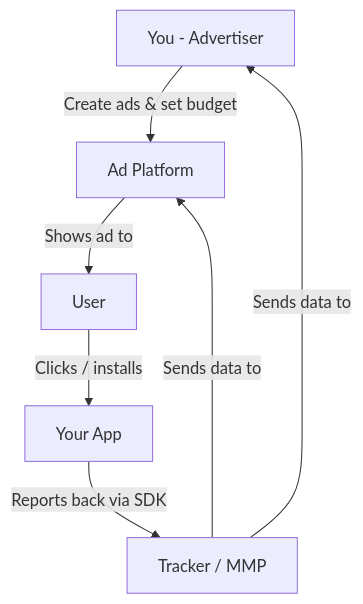
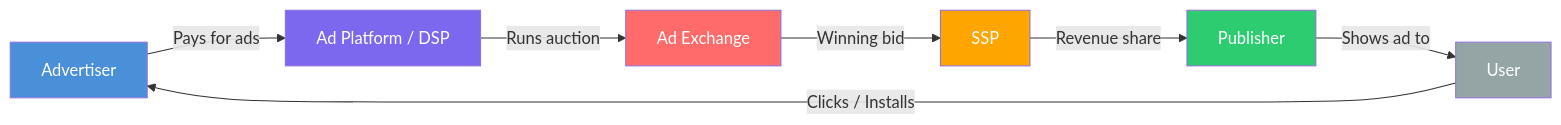
Before and after one commit to saanghyuk/ship-your-ads: the first of 2 diagrams in concepts/ad-ecosystem.mdx, drawn with Mermaid. The commit also changed other lines of this file and 41 other files, not shown here.

````diff
--- a/concepts/ad-ecosystem.mdx
+++ b/concepts/ad-ecosystem.mdx
@@ -27,9 +113,16 @@
 ```mermaid
-graph TB
-    You[You - Advertiser] -->|Create ads & set budget| Platform[Ad Platform]
-    Platform -->|Shows ad to| User[User]
-    User -->|Clicks / installs| YourApp[Your App]
-    YourApp -->|Reports back via SDK| Tracker[Tracker / MMP]
-    Tracker -->|Sends data to| Platform
-    Tracker -->|Sends data to| You
+graph LR
+    A[Advertiser] -->|Pays for ads| B[Ad Platform / DSP]
+    B -->|Runs auction| C[Ad Exchange]
+    C -->|Winning bid| D[SSP]
+    D -->|Revenue share| E[Publisher]
+    E -->|Shows ad to| F[User]
+    F -->|Clicks / Installs| A
+
+    style A fill:#4A90D9,color:#fff
+    style B fill:#7B68EE,color:#fff
+    style C fill:#FF6B6B,color:#fff
+    style D fill:#FFA500,color:#fff
+    style E fill:#2ECC71,color:#fff
+    style F fill:#95A5A6,color:#fff
 ```
````
